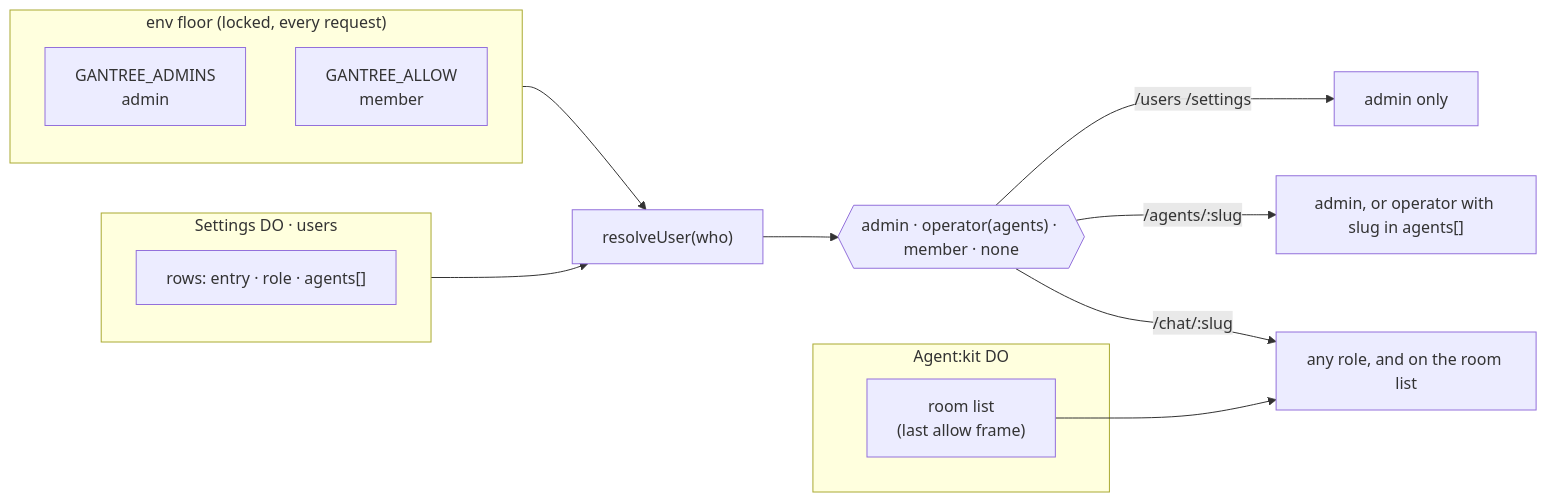
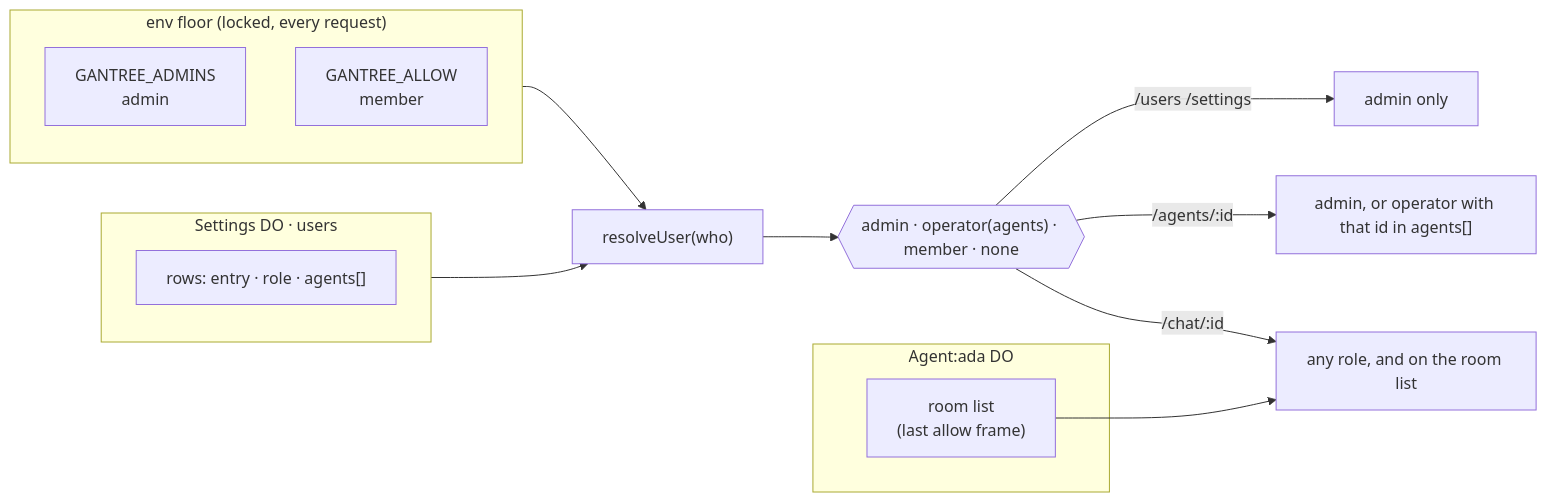
One commit to shotah/gantree2 changed the ninth of 11 diagrams in docs/architecture.md. Above: the diagram before and after it, drawn with Mermaid. The commit also changed other lines of this file and 103 other files, not shown here.

````diff
--- a/docs/architecture.md
+++ b/docs/architecture.md
@@ -331,21 +357,21 @@
 ```mermaid
 flowchart LR
   subgraph floor["env floor (locked, every request)"]
     AD["GANTREE_ADMINS<br/>admin"]
     AL["GANTREE_ALLOW<br/>member"]
   end
   subgraph store["Settings DO · users"]
     ROWS["rows: entry · role · agents[] "]
   end
-  subgraph agent["Agent:kit DO"]
+  subgraph agent["Agent:ada DO"]
     ROOM["room list<br/>(last allow frame)"]
   end
 
   floor --> RES
   store --> RES
   RES["resolveUser(who)"] --> ROLE{{"admin · operator(agents) · member · none"}}
   ROLE -- "/users /settings" --> ADMIN[admin only]
-  ROLE -- "/agents/:slug" --> OP["admin, or operator with slug in agents[]"]
-  ROLE -- "/chat/:slug" --> CHAT["any role, and on the room list"]
+  ROLE -- "/agents/:id" --> OP["admin, or operator with that id in agents[]"]
+  ROLE -- "/chat/:id" --> CHAT["any role, and on the room list"]
   ROOM --> CHAT
 ```
````
